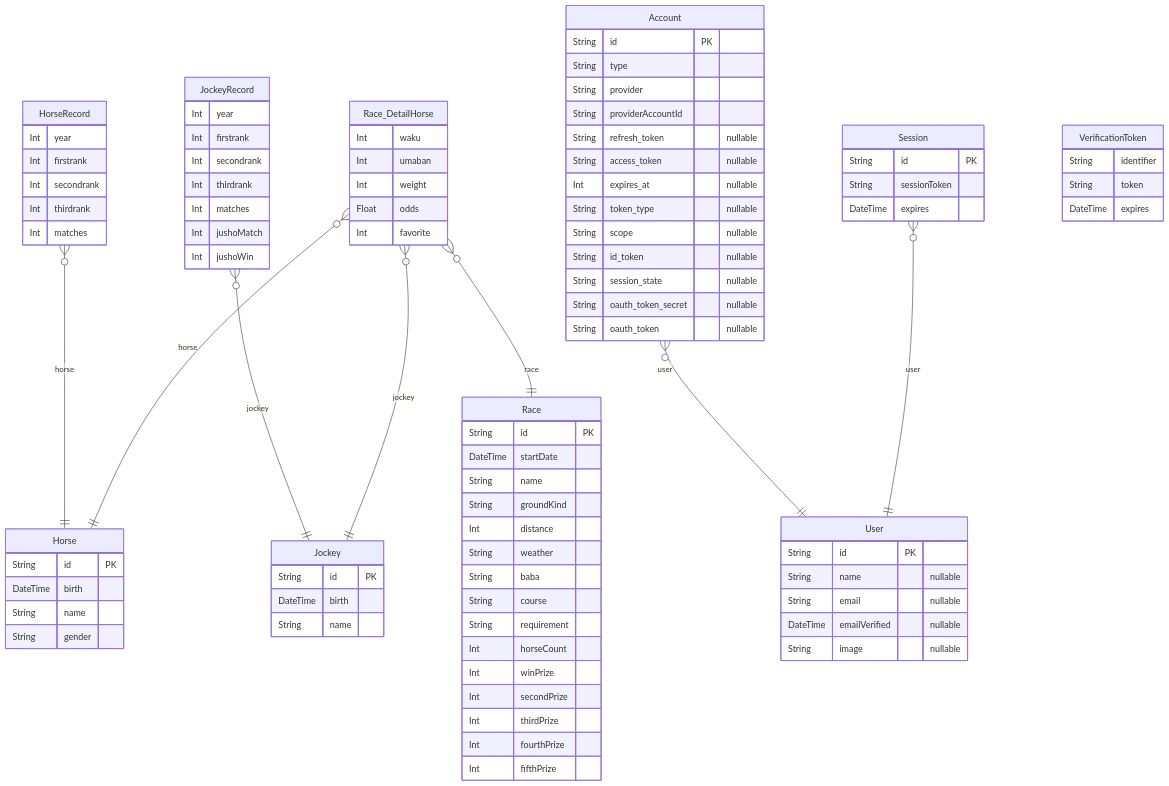
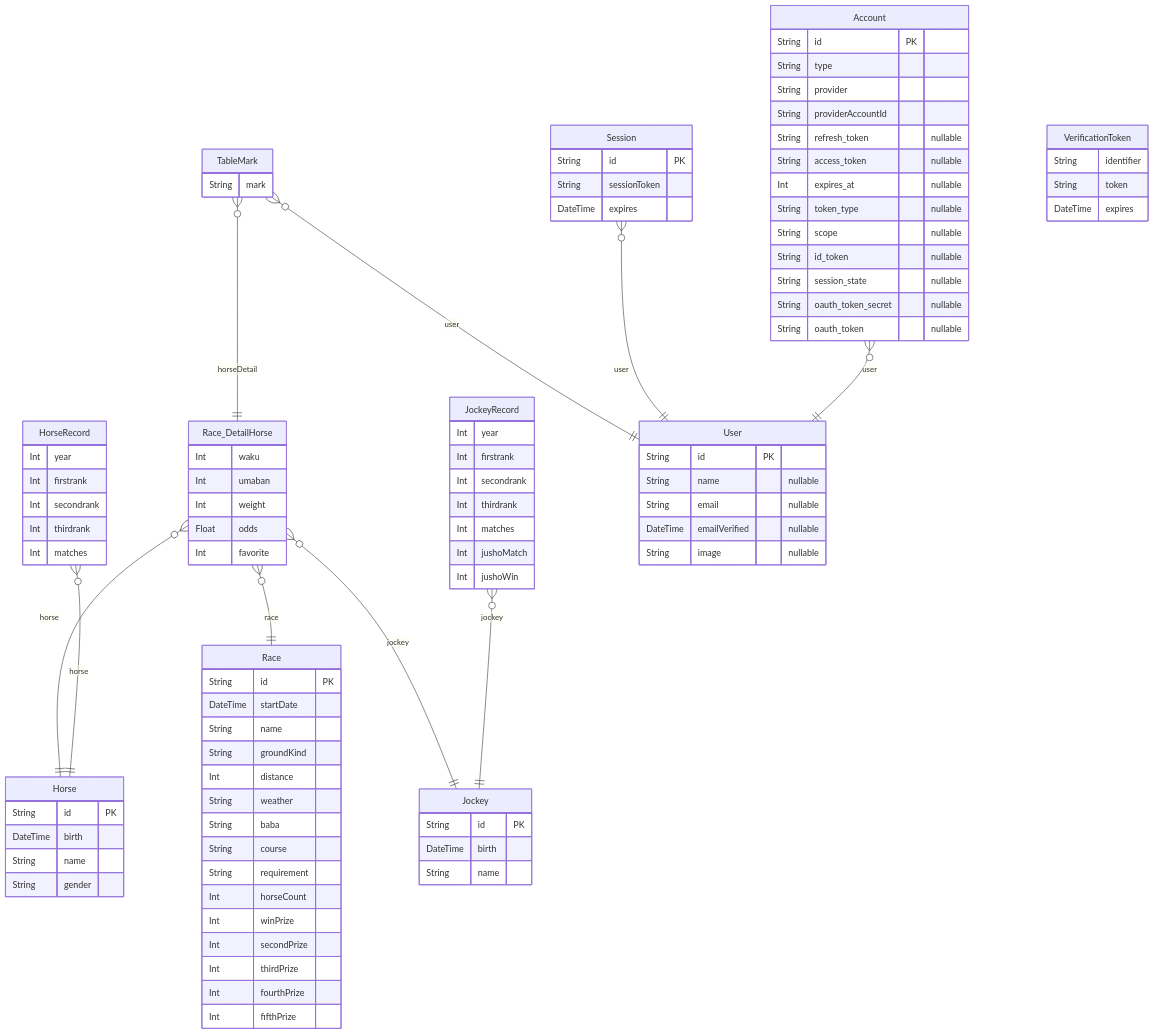
One commit to sev3e3e/portfolio-keiba changed the diagram in prisma/scheme.md. Above: the diagram before and after it, drawn with Mermaid. The commit also changed 16 other files, not shown here.

Commit message:
[feat]Added Mark on race page (with db crud)

````diff
--- a/prisma/scheme.md
+++ b/prisma/scheme.md
@@ -97,6 +97,11 @@
     }
   
 
+  TableMark {
+    String mark  
+    }
+  
+
   VerificationToken {
     String identifier  
     String token  
@@ -110,4 +115,6 @@
     Race_DetailHorse o{--|| Jockey : "jockey"
     Account o{--|| User : "user"
     Session o{--|| User : "user"
+    TableMark o{--|| User : "user"
+    TableMark o{--|| Race_DetailHorse : "horseDetail"
 ```
````
